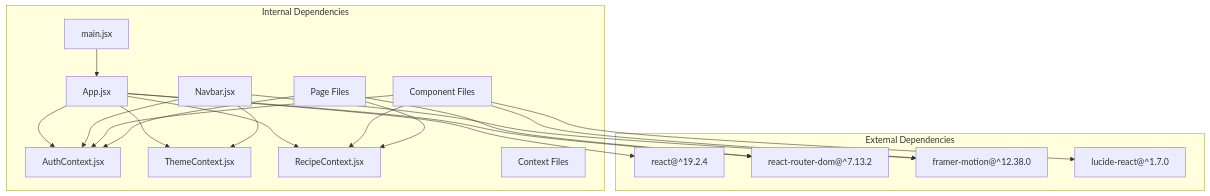
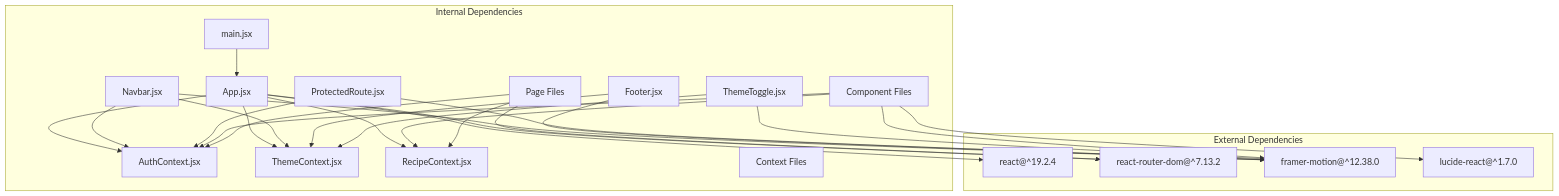
Diagram 14 of 14 in .qoder/repowiki/en/content/Component System Architecture.md (aayeshasiddiqah2611-pixel/flavora_ai_server), drawn with Mermaid before and after one commit. The commit also changed other lines of this file and 20 other files, not shown here.

````diff
--- a/.qoder/repowiki/en/content/Component System Architecture.md
+++ b/.qoder/repowiki/en/content/Component System Architecture.md
@@ -415,36 +582,45 @@
 ```mermaid
 graph TB
 subgraph "Internal Dependencies"
 App["App.jsx"]
 Main["main.jsx"]
 AuthCtx["AuthContext.jsx"]
 ThemeCtx["ThemeContext.jsx"]
 RecipeCtx["RecipeContext.jsx"]
 Navbar["Navbar.jsx"]
+Footer["Footer.jsx"]
+Protected["ProtectedRoute.jsx"]
+ThemeToggle["ThemeToggle.jsx"]
 Components["Component Files"]
 Pages["Page Files"]
 Contexts["Context Files"]
 end
 subgraph "External Dependencies"
 React["react@^19.2.4"]
 Router["react-router-dom@^7.13.2"]
 Motion["framer-motion@^12.38.0"]
 Icons["lucide-react@^1.7.0"]
 end
 Main --> App
 App --> AuthCtx
 App --> ThemeCtx
 App --> RecipeCtx
 Navbar --> AuthCtx
 Navbar --> ThemeCtx
+Footer --> ThemeCtx
+Protected --> AuthCtx
+ThemeToggle --> ThemeCtx
 Components --> AuthCtx
 Components --> RecipeCtx
 Pages --> AuthCtx
 Pages --> RecipeCtx
 App --> React
 App --> Router
 Navbar --> Motion
+Footer --> Motion
+Protected --> Motion
+ThemeToggle --> Motion
 Components --> Motion
 Components --> Icons
 Pages --> Router
 ```
````
